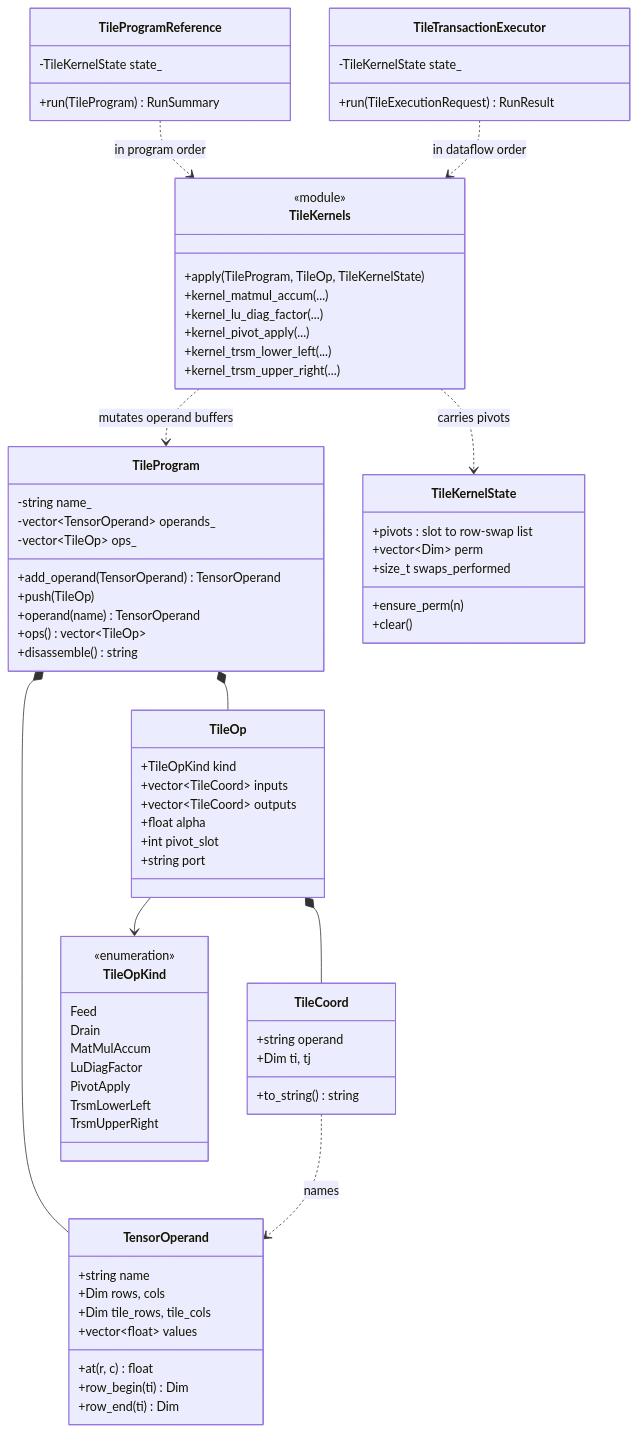
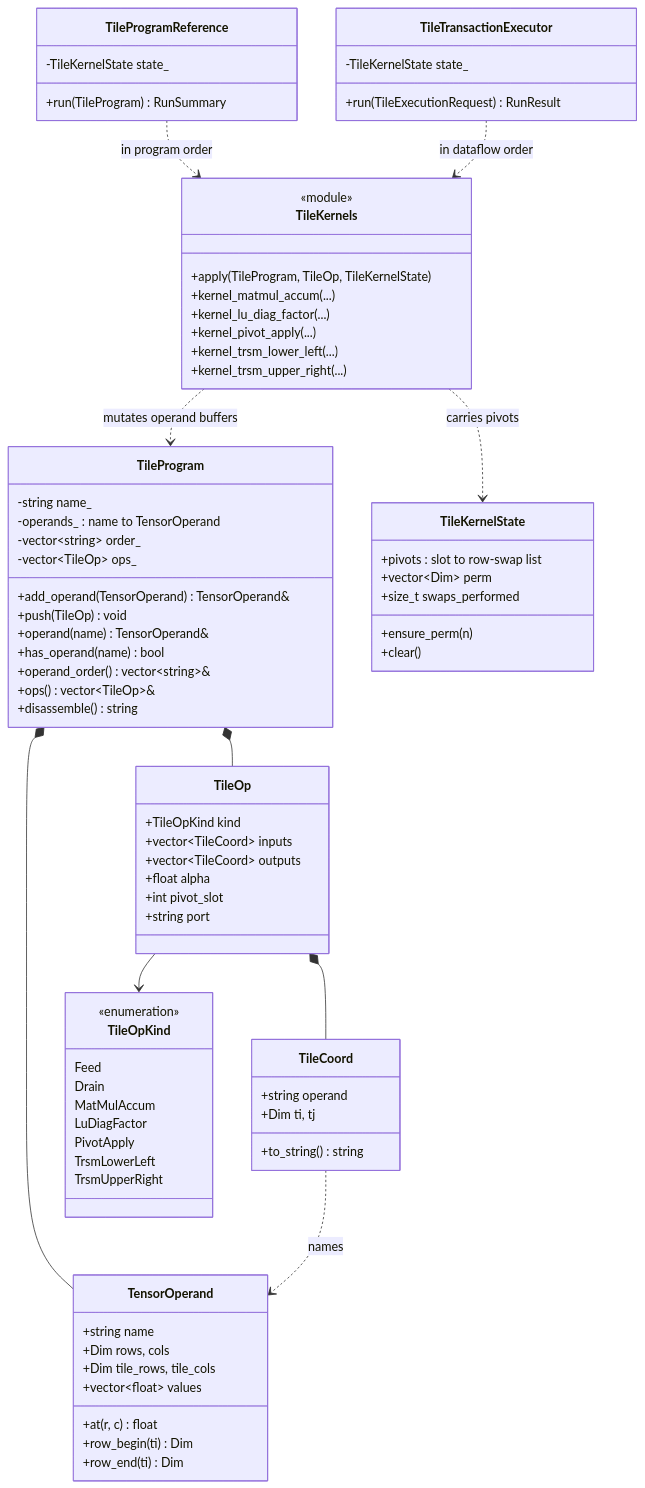
One commit to stillwater-sc/kpu-sim changed the second of 8 diagrams in docs/architecture/program-execution-uml.md. Above: the diagram before and after it, drawn with Mermaid. The commit also changed other lines of this file, not shown here.

Commit message:
docs(architecture): match the real APIs in the UML (#272 review)
Both CodeRabbit findings were correct — the diagrams claimed signatures the
headers do not have:

- TileProgram: operands_ is a map keyed by operand name plus an insertion-
  order vector, not a vector of operands, and add_operand/operand()/ops()
  return REFERENCES, not values. Added has_operand and operand_order while
  correcting it, since a reader comparing the diagram to the header would
  otherwise wonder where they went.
- GraphCspExecutor::run takes a graph AND an input tensor and returns
  Result{output, stats}, not RunStats alone. The class diagram now shows
  Result, and the §4 sequence shows the input going in and the output tensor
  coming back — which also makes the oracle comparison at the end of that
  sequence make sense, since it compares OUTPUT values.

A diagram that misstates an API is worse than no diagram, because it gets
trusted; these were read from the headers again rather than adjusted by eye.
All eight blocks re-rendered clean with mermaid-cli.

````diff
--- a/docs/architecture/program-execution-uml.md
+++ b/docs/architecture/program-execution-uml.md
@@ -65,79 +65,82 @@
 ```mermaid
 classDiagram
     class TileProgram {
         -string name_
-        -vector~TensorOperand~ operands_
+        -operands_ : name to TensorOperand
+        -vector~string~ order_
         -vector~TileOp~ ops_
-        +add_operand(TensorOperand) TensorOperand
-        +push(TileOp)
-        +operand(name) TensorOperand
-        +ops() vector~TileOp~
+        +add_operand(TensorOperand) TensorOperand&
+        +push(TileOp) void
+        +operand(name) TensorOperand&
+        +has_operand(name) bool
+        +operand_order() vector~string~&
+        +ops() vector~TileOp~&
         +disassemble() string
     }
     class TensorOperand {
         +string name
         +Dim rows, cols
         +Dim tile_rows, tile_cols
         +vector~float~ values
         +at(r, c) float
         +row_begin(ti) Dim
         +row_end(ti) Dim
     }
     class TileOp {
         +TileOpKind kind
         +vector~TileCoord~ inputs
         +vector~TileCoord~ outputs
         +float alpha
         +int pivot_slot
         +string port
     }
     class TileCoord {
         +string operand
         +Dim ti, tj
         +to_string() string
     }
     class TileOpKind {
         <<enumeration>>
         Feed
         Drain
         MatMulAccum
         LuDiagFactor
         PivotApply
         TrsmLowerLeft
         TrsmUpperRight
     }
     class TileKernelState {
         +pivots : slot to row-swap list
         +vector~Dim~ perm
         +size_t swaps_performed
         +ensure_perm(n)
         +clear()
     }
     class TileKernels {
         <<module>>
         +apply(TileProgram, TileOp, TileKernelState)
         +kernel_matmul_accum(...)
         +kernel_lu_diag_factor(...)
         +kernel_pivot_apply(...)
         +kernel_trsm_lower_left(...)
         +kernel_trsm_upper_right(...)
     }
     class TileProgramReference {
         -TileKernelState state_
         +run(TileProgram) RunSummary
     }
     class TileTransactionExecutor {
         -TileKernelState state_
         +run(TileExecutionRequest) RunResult
     }
 
     TileProgram *-- TensorOperand
     TileProgram *-- TileOp
     TileOp *-- TileCoord
     TileOp --> TileOpKind
     TileCoord ..> TensorOperand : names
     TileProgramReference ..> TileKernels : in program order
     TileTransactionExecutor ..> TileKernels : in dataflow order
     TileKernels ..> TileKernelState : carries pivots
     TileKernels ..> TileProgram : mutates operand buffers
 ```
````
